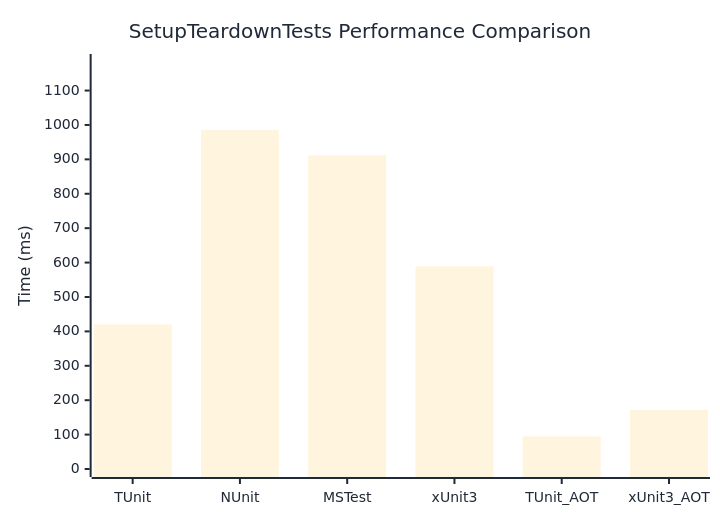
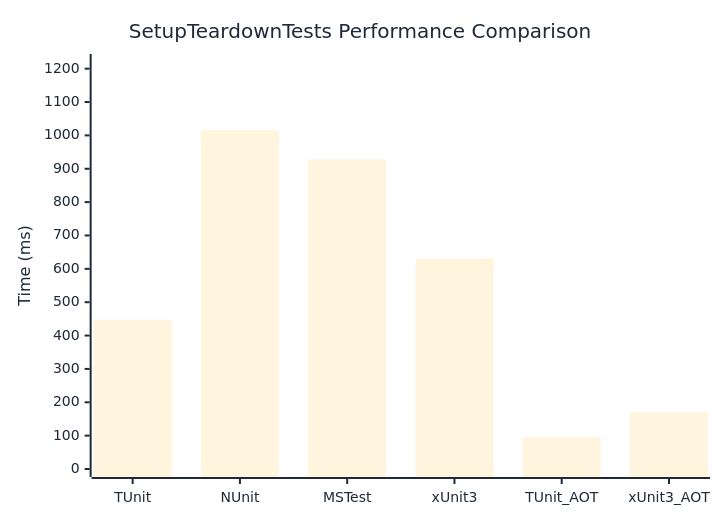
One commit to thomhurst/TUnit changed the diagram in docs/docs/benchmarks/engine/SetupTeardownTests.md. Above: the diagram before and after it, drawn with Mermaid. The commit also changed other lines of this file and 17 other files, not shown here.

````diff
--- a/docs/docs/benchmarks/engine/SetupTeardownTests.md
+++ b/docs/docs/benchmarks/engine/SetupTeardownTests.md
@@ -30,37 +30,37 @@
 ```mermaid
 %%{init: {
   'theme':'base',
   'themeVariables': {
     'primaryColor': '#2563eb',
     'primaryTextColor': '#1f2937',
     'primaryBorderColor': '#1e40af',
     'lineColor': '#6b7280',
     'secondaryColor': '#7c3aed',
     'tertiaryColor': '#dc2626',
     'background': '#ffffff',
     'mainBkg': '#2563eb',
     'secondBkg': '#7c3aed',
     'tertiaryBkg': '#dc2626',
     'clusterBkg': '#f3f4f6',
     'edgeLabelBackground': '#ffffff',
     'tertiaryTextColor': '#1f2937',
     'pie1': '#2563eb',
     'pie2': '#7c3aed',
     'pie3': '#dc2626',
     'pie4': '#f59e0b',
     'pie5': '#10b981',
     'pie6': '#06b6d4',
     'pie7': '#ec4899',
     'pie8': '#6366f1',
     'pie9': '#84cc16',
     'pie10': '#f97316',
     'pie11': '#14b8a6',
     'pie12': '#a855f7'
   }
 }}%%
 xychart-beta
   title "SetupTeardownTests Performance Comparison"
   x-axis ["TUnit", "NUnit", "MSTest", "xUnit3", "TUnit_AOT", "xUnit3_AOT"]
-  y-axis "Time (ms)" 0 --> 1183
-  bar [420.16, 985.63, 911.71, 589.01, 94.64, 171.9]
+  y-axis "Time (ms)" 0 --> 1220
+  bar [447.56, 1016.11, 927.83, 631.26, 95.82, 170.98]
 ```
````
